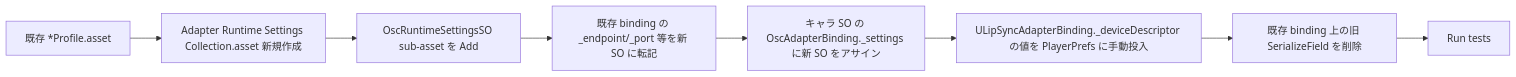
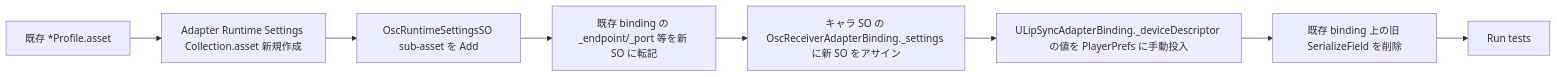
Before and after one commit to UNVGI/UnvgiFacialControl: the sixth of 6 diagrams in .kiro/specs/adapter-runtime-settings/design.md, drawn with Mermaid. The commit also changed other lines of this file and 71 other files, not shown here.

````diff
--- a/.kiro/specs/adapter-runtime-settings/design.md
+++ b/.kiro/specs/adapter-runtime-settings/design.md
@@ -747,10 +747,10 @@
 ```mermaid
 flowchart LR
     A[既存 *Profile.asset] --> B[Adapter Runtime Settings Collection.asset 新規作成]
     B --> C[OscRuntimeSettingsSO sub-asset を Add]
     C --> D[既存 binding の _endpoint/_port 等を新 SO に転記]
-    D --> E[キャラ SO の OscAdapterBinding._settings に新 SO をアサイン]
+    D --> E[キャラ SO の OscReceiverAdapterBinding._settings に新 SO をアサイン]
     E --> F[ULipSyncAdapterBinding._deviceDescriptor の値を PlayerPrefs に手動投入]
     F --> G[既存 binding 上の旧 SerializeField を削除]
     G --> H[Run tests]
 ```
````
